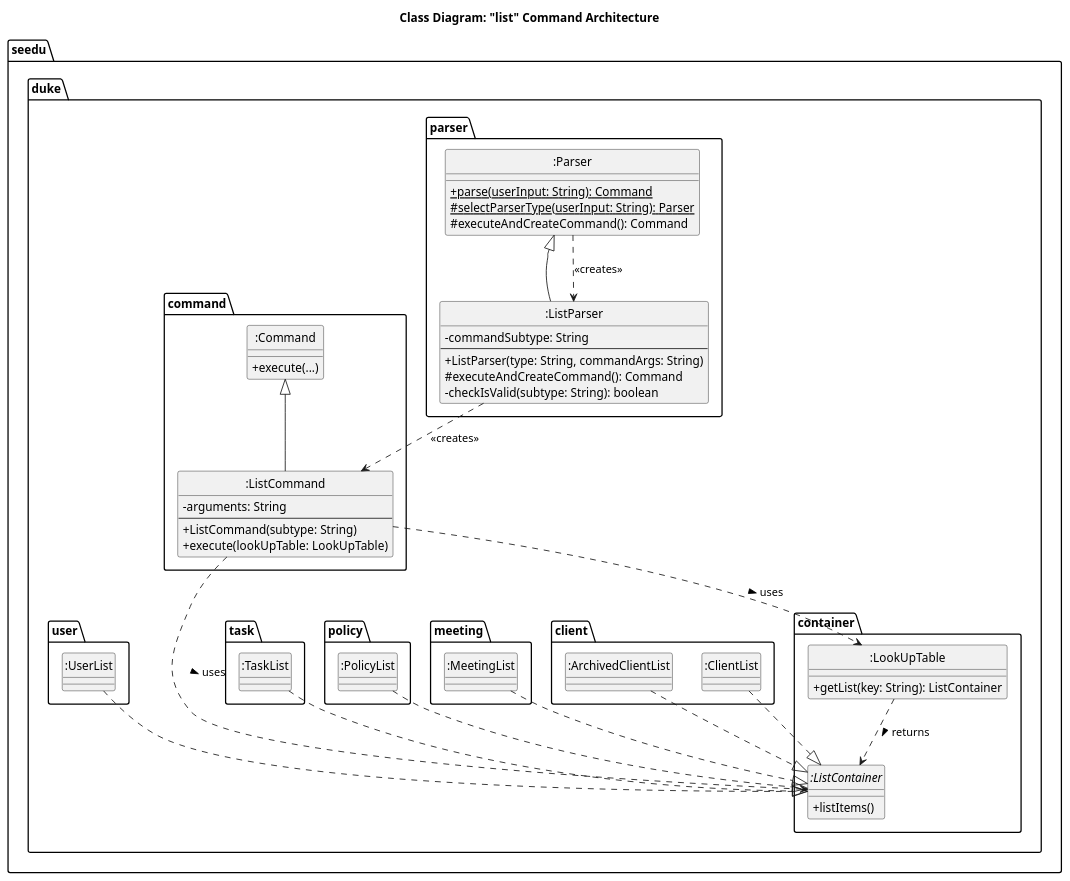
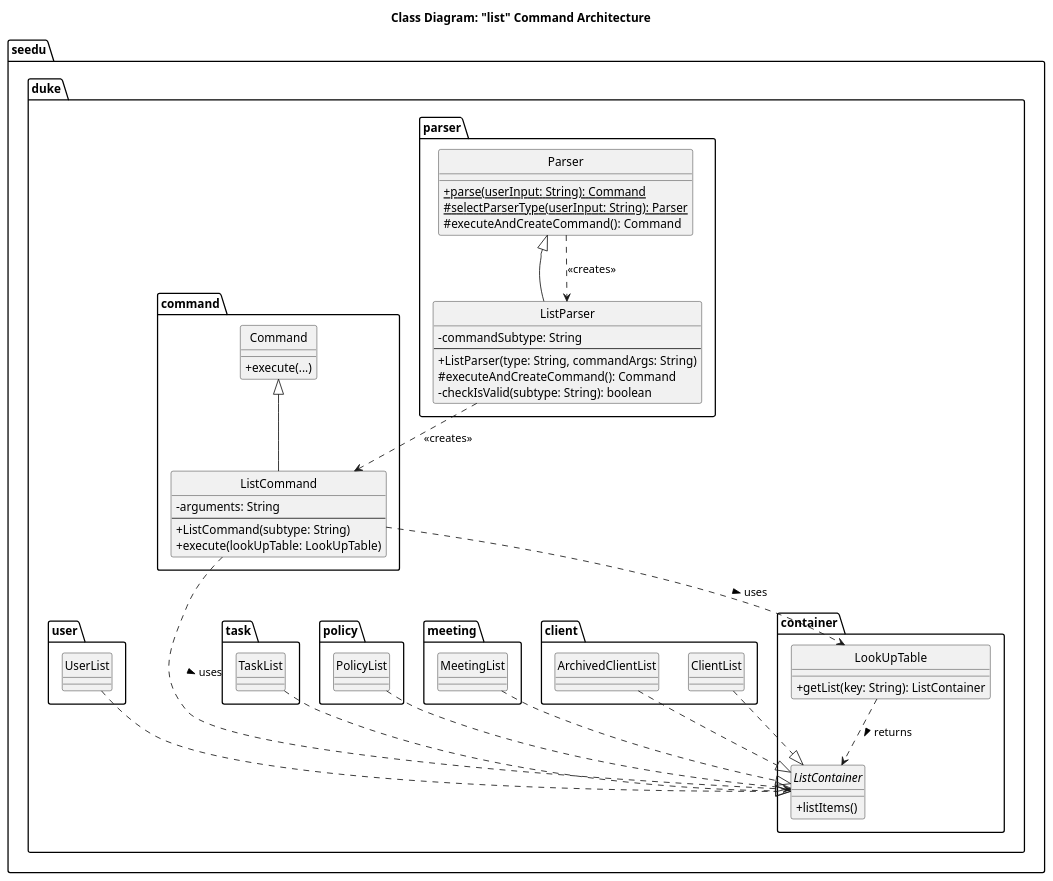
The diagram in docs/umldiagrams/list_cd.puml (ZT712002/tp), drawn with PlantUML before and after one commit. The commit also changed 3 other files, not shown here.

Commit message:
Add changes to class diagrams

```diff
--- a/docs/umldiagrams/list_cd.puml
+++ b/docs/umldiagrams/list_cd.puml
@@ -1,91 +1,91 @@
 @startuml
 title Class Diagram: "list" Command Architecture
 
 skinparam classAttributeIconSize 0
 skinparam classOperationIconSize 0
 skinparam stereotypePosition top
 skinparam interfaceStereotype "interface"
 hide circle
 
 
 
 package seedu.duke.parser {
-    class :Parser {
+    class Parser {
         + {static} parse(userInput: String): Command
         # {static} selectParserType(userInput: String): Parser
         # executeAndCreateCommand(): Command
     }
 
-    class :ListParser {
+    class ListParser {
         - commandSubtype: String
         --
         + ListParser(type: String, commandArgs: String)
         # executeAndCreateCommand(): Command
         - checkIsValid(subtype: String): boolean
     }
 }
 
 package seedu.duke.command {
-    class :Command {
+     class Command {
         + execute(...)
     }
 
-    class :ListCommand {
+    class ListCommand {
         - arguments: String
         --
         + ListCommand(subtype: String)
         + execute(lookUpTable: LookUpTable)
     }
 }
 
 package seedu.duke.container {
-    interface :ListContainer {
+    interface ListContainer {
         + listItems()
         ' Other methods omitted for clarity
     }
 
-    class :LookUpTable {
+    class LookUpTable {
         + getList(key: String): ListContainer
     }
 }
 
 ' Concrete ListContainer implementations
 package seedu.duke.client {
-    class :ClientList
-    class :ArchivedClientList
+    class ClientList
+    class ArchivedClientList
 }
 package seedu.duke.meeting {
-    class :MeetingList
+    class MeetingList
 }
 package seedu.duke.policy {
-    class :PolicyList
+    class PolicyList
 }
 package seedu.duke.task {
-    class :TaskList
+    class TaskList
 }
 package seedu.duke.user {
-    class :UserList
+    class UserList
 }
 
 
 
 ' Inheritance
-":Parser" <|-- ":ListParser"
-":Command" <|-- ":ListCommand"
+Parser <|-- ListParser
+Command <|-- ListCommand
 
 ' Implementation
-":ClientList" ..|> ":ListContainer"
-":ArchivedClientList" ..|> ":ListContainer"
-":MeetingList" ..|> ":ListContainer"
-":PolicyList" ..|> ":ListContainer"
-":TaskList" ..|> ":ListContainer"
-":UserList" ..|> ":ListContainer"
+ClientList ..|> ListContainer
+ArchivedClientList ..|> ListContainer
+MeetingList ..|> ListContainer
+PolicyList ..|> ListContainer
+TaskList ..|> ListContainer
+UserList ..|> ListContainer
 
 ' Dependency
-":Parser" ..> ":ListParser" : <<creates>>
-":ListParser" ..> ":ListCommand" : <<creates>>
-":ListCommand" ..> ":LookUpTable" : uses >
-":ListCommand" ..> ":ListContainer" : uses >
-":LookUpTable" ..> ":ListContainer" : returns >
+Parser ..> ListParser : <<creates>>
+ListParser ..> ListCommand : <<creates>>
+ListCommand ..> LookUpTable : uses >
+ListCommand ..> ListContainer : uses >
+LookUpTable ..> ListContainer : returns >
 
 @enduml
```
